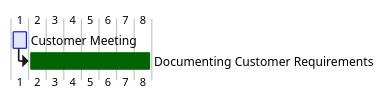
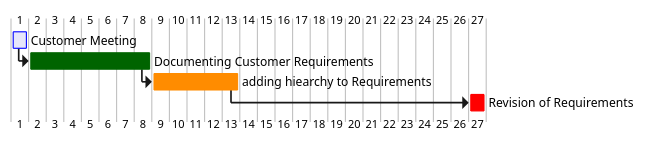
The diagram in Gantt_charts/Requirements_timeline.pu (MattHoll26/Engineering-1), drawn with PlantUML before and after one commit. The commit also changed 3 other files, not shown here.

Commit message:
timeline in progress need sleep -Ahmet Abdulhamit

```diff
--- a/Gantt_charts/Requirements_timeline.pu
+++ b/Gantt_charts/Requirements_timeline.pu
@@ -1,10 +1,12 @@
 @startgantt
 '7th October
 [Customer Meeting] lasts 1 days and is colored in Lavender/Blue
 '8th October to 15th October (Week3)
 [Documenting Customer Requirements] lasts 7 days and is colored in DarkGreen and starts 0 days after [Customer Meeting]'s end
 '15th October to 20th October (Week4)
-
+[adding hiearchy to Requirements] lasts 5 days and is colored in DarkOrange and starts 0 days after [Documenting Customer Requirements]'s end
 '2nd November (WeekR)
+[Revision of Requirements] lasts 1 days and is colored in Red and starts 13 days after [adding hiearchy to Requirements]'s end
+'5th November to 11th November (Week6)
 
 @endgantt
```
